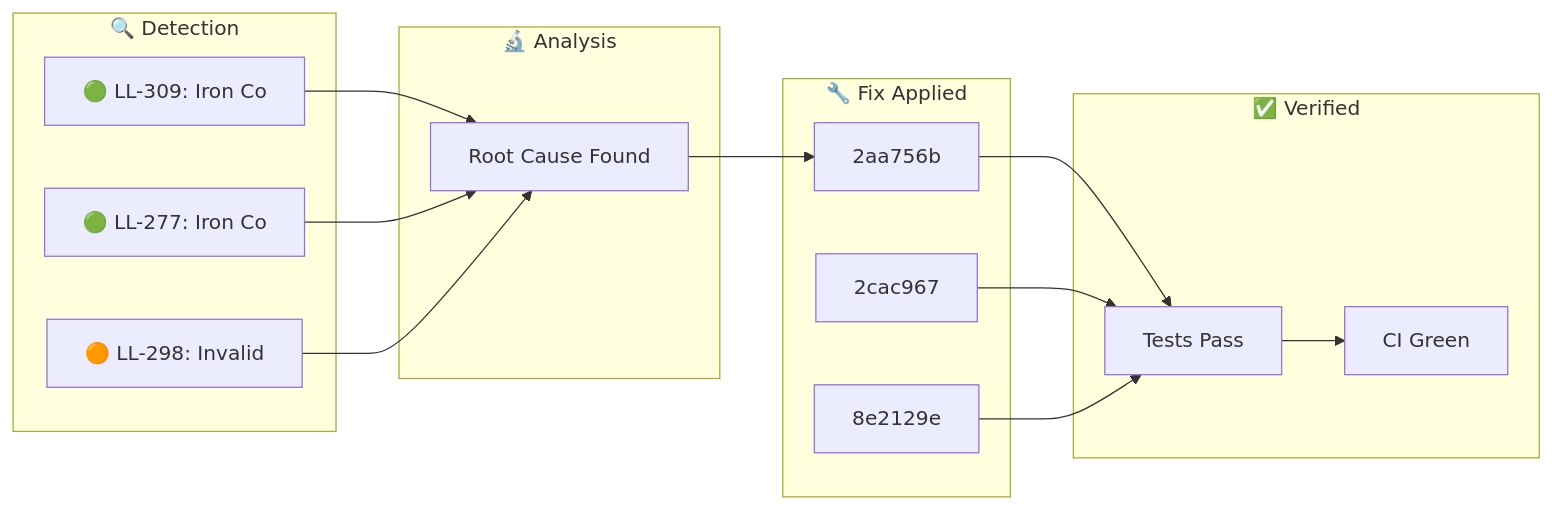
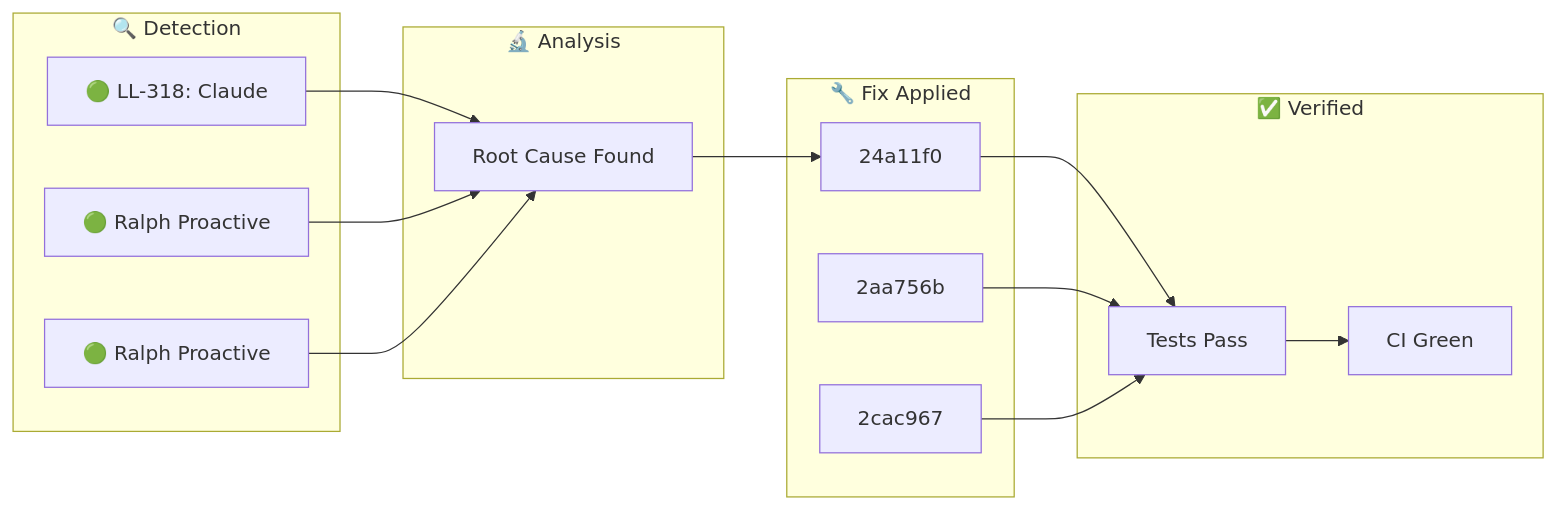
The diagram in docs/_posts/2026-01-30-ralph-discovery.md (YoByron/trading), drawn with Mermaid before and after one commit. The commit also changed other lines of this file, not shown here.

Commit message:
docs(ralph): Auto-publish discovery blog post

````diff
--- a/docs/_posts/2026-01-30-ralph-discovery.md
+++ b/docs/_posts/2026-01-30-ralph-discovery.md
@@ -17,28 +17,28 @@
 ```mermaid
 flowchart LR
     subgraph Detection["🔍 Detection"]
-        D1["🟢 LL-309: Iron Co"]
-        D2["🟢 LL-277: Iron Co"]
-        D3["🟠 LL-298: Invalid"]
+        D1["🟢 LL-318: Claude "]
+        D2["🟢 Ralph Proactive"]
+        D3["🟢 Ralph Proactive"]
     end
     subgraph Analysis["🔬 Analysis"]
         A1["Root Cause Found"]
     end
     subgraph Fix["🔧 Fix Applied"]
-        F1["2aa756b"]
-        F2["2cac967"]
-        F3["8e2129e"]
+        F1["24a11f0"]
+        F2["2aa756b"]
+        F3["2cac967"]
     end
     subgraph Verify["✅ Verified"]
         V1["Tests Pass"]
         V2["CI Green"]
     end
     D1 --> A1
     D2 --> A1
     D3 --> A1
     A1 --> F1
     F1 --> V1
     F2 --> V1
     F3 --> V1
     V1 --> V2
 ```
````
